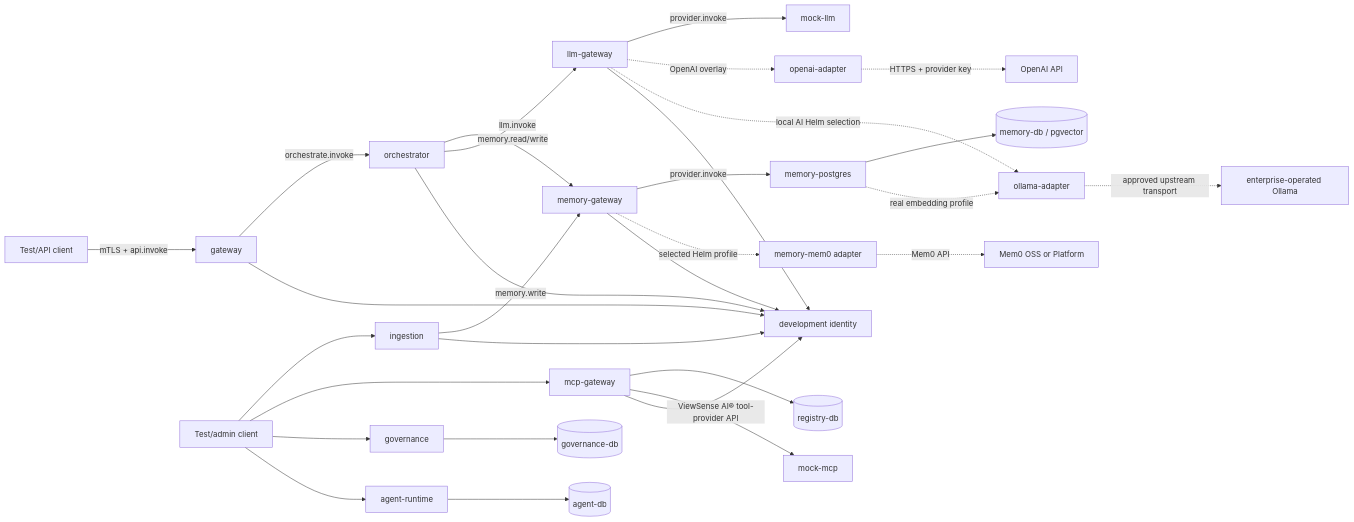
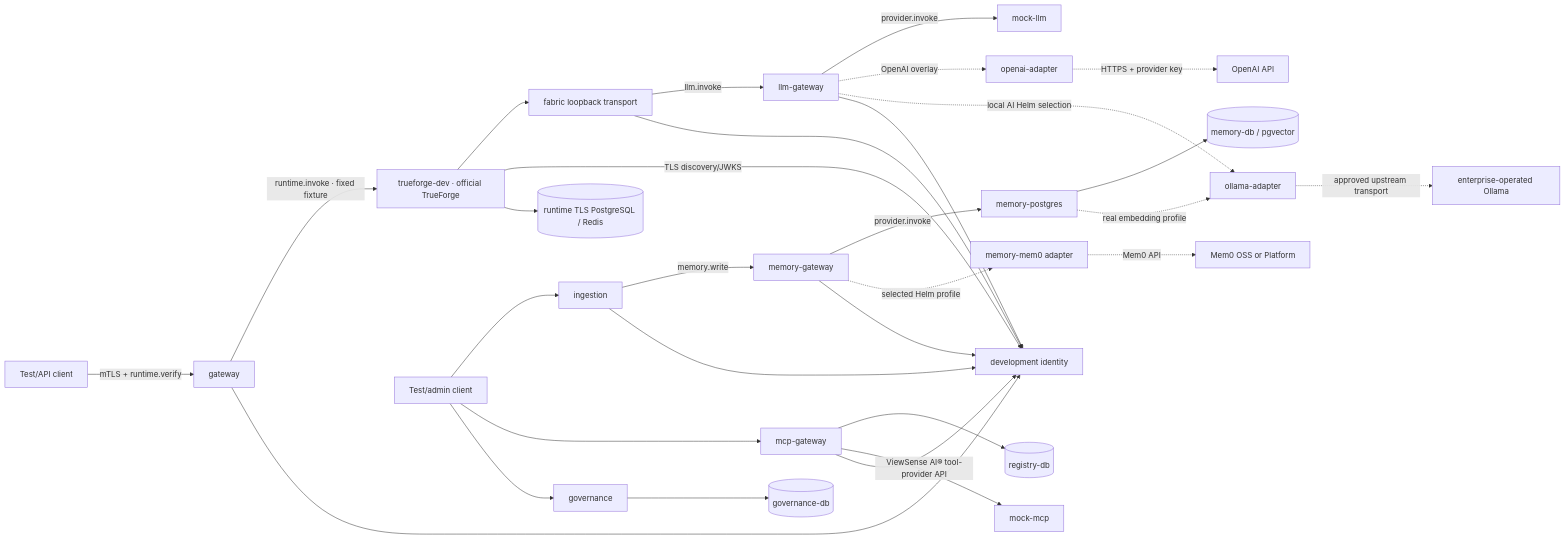
One commit to diaryfolio/aiops-fabric-docs changed the first of 3 diagrams in docs/design/high-level/00-implementation-conformance.md. Above: the diagram before and after it, drawn with Mermaid. The commit also changed other lines of this file and 21 other files, not shown here.

````diff
--- a/docs/design/high-level/00-implementation-conformance.md
+++ b/docs/design/high-level/00-implementation-conformance.md
@@ -367,30 +374,31 @@
 ```mermaid
 flowchart LR
-    Client["Test/API client"] -->|"mTLS + api.invoke"| Gateway["gateway"]
-    Gateway -->|"orchestrate.invoke"| Orchestrator["orchestrator"]
-    Orchestrator -->|"memory.read/write"| MemoryGateway["memory-gateway"]
+    Client["Test/API client"] -->|"mTLS + runtime.verify"| Gateway["gateway"]
+    Gateway -->|"runtime.invoke · fixed fixture"| TrueForge["trueforge-dev · official TrueForge"]
+    TrueForge --> Bridge["fabric loopback transport"]
+    MemoryGateway["memory-gateway"]
     MemoryGateway -->|"provider.invoke"| PGMemory["memory-postgres"]
     PGMemory --> MemoryDB[("memory-db / pgvector")]
     MemoryGateway -. "selected Helm profile" .-> Mem0["memory-mem0 adapter"]
     Mem0 -. "Mem0 API" .-> Mem0Product["Mem0 OSS or Platform"]
-    Orchestrator -->|"llm.invoke"| LLMGateway["llm-gateway"]
+    Bridge -->|"llm.invoke"| LLMGateway["llm-gateway"]
     LLMGateway -->|"provider.invoke"| MockLLM["mock-llm"]
     LLMGateway -. "OpenAI overlay" .-> OpenAIAdapter["openai-adapter"]
     OpenAIAdapter -. "HTTPS + provider key" .-> OpenAI["OpenAI API"]
     LLMGateway -. "local AI Helm selection" .-> OllamaAdapter["ollama-adapter"]
     PGMemory -. "real embedding profile" .-> OllamaAdapter
     OllamaAdapter -. "approved upstream transport" .-> Ollama["enterprise-operated Ollama"]
 
     TestClient["Test/admin client"] --> Ingestion["ingestion"]
     Ingestion -->|"memory.write"| MemoryGateway
     TestClient --> MCPGateway["mcp-gateway"]
     MCPGateway --> RegistryDB[("registry-db")]
     MCPGateway -->|"ViewSense AI® tool-provider API"| MockMCP["mock-mcp"]
     TestClient --> Governance["governance"]
     Governance --> GovernanceDB[("governance-db")]
-    TestClient --> Agent["agent-runtime"]
-    Agent --> AgentDB[("agent-db")]
 
     Identity["development identity"]
-    Gateway & Orchestrator & MemoryGateway & LLMGateway & Ingestion & MCPGateway --> Identity
+    Gateway & Bridge & MemoryGateway & LLMGateway & Ingestion & MCPGateway --> Identity
+    TrueForge -->|"TLS discovery/JWKS"| Identity
+    TrueForge --> RuntimeDB[("runtime TLS PostgreSQL / Redis")]
 ```
````
